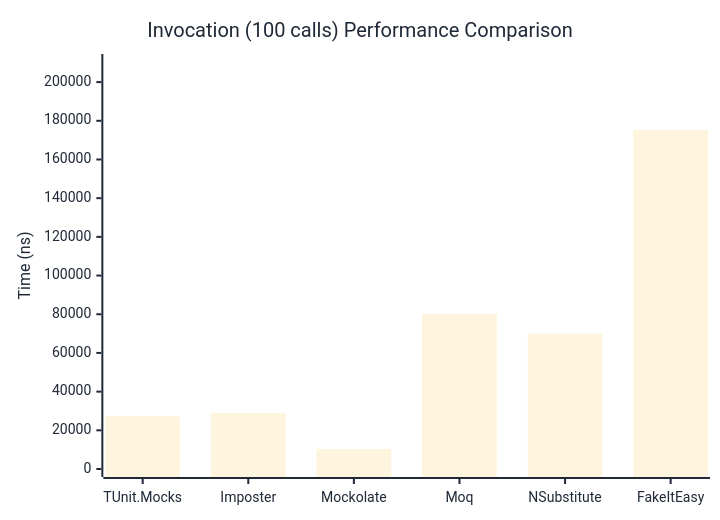
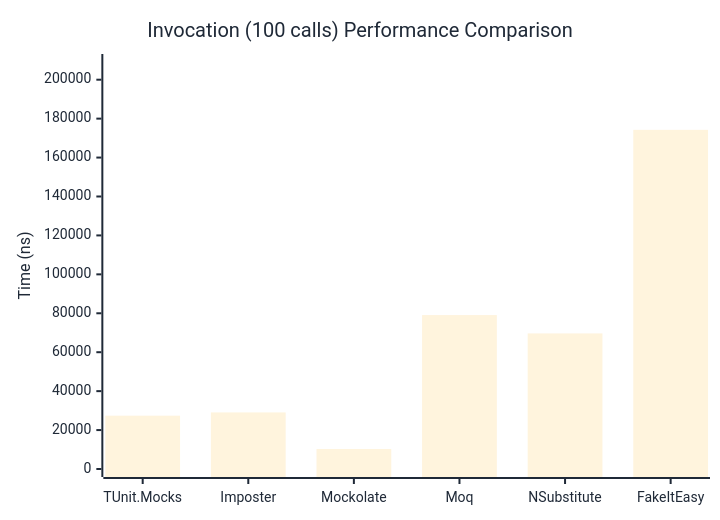
The third of 3 diagrams in docs/docs/benchmarks/mocks/Invocation.md (thomhurst/TUnit), drawn with Mermaid before and after one commit. The commit also changed other lines of this file and 14 other files, not shown here.

````diff
--- a/docs/docs/benchmarks/mocks/Invocation.md
+++ b/docs/docs/benchmarks/mocks/Invocation.md
@@ -112,27 +112,27 @@
 ```mermaid
 %%{init: {
   'theme':'base',
   'themeVariables': {
     'primaryColor': '#2563eb',
     'primaryTextColor': '#1f2937',
     'primaryBorderColor': '#1e40af',
     'lineColor': '#6b7280',
     'secondaryColor': '#7c3aed',
     'tertiaryColor': '#dc2626',
     'background': '#ffffff',
     'pie1': '#2563eb',
     'pie2': '#7c3aed',
     'pie3': '#dc2626',
     'pie4': '#f59e0b',
     'pie5': '#10b981',
     'pie6': '#06b6d4',
     'pie7': '#ec4899',
     'pie8': '#6366f1'
   }
 }}%%
 xychart-beta
   title "Invocation (100 calls) Performance Comparison"
   x-axis ["TUnit.Mocks", "Imposter", "Mockolate", "Moq", "NSubstitute", "FakeItEasy"]
-  y-axis "Time (ns)" 0 --> 210394
-  bar [27235.53, 28992.09, 10404.25, 80259.51, 69990.04, 175327.82]
+  y-axis "Time (ns)" 0 --> 209094
+  bar [27398.54, 29066.05, 10258.76, 79082.11, 69655.32, 174244.34]
 ```
````
